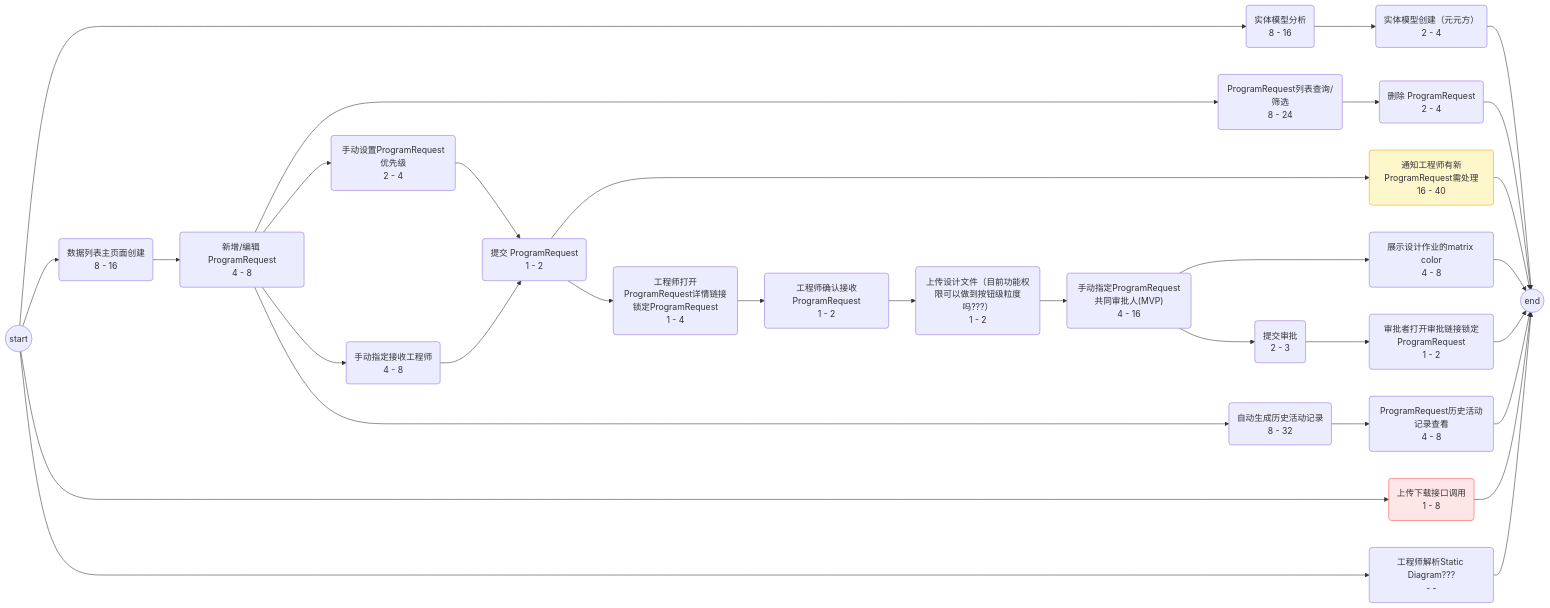
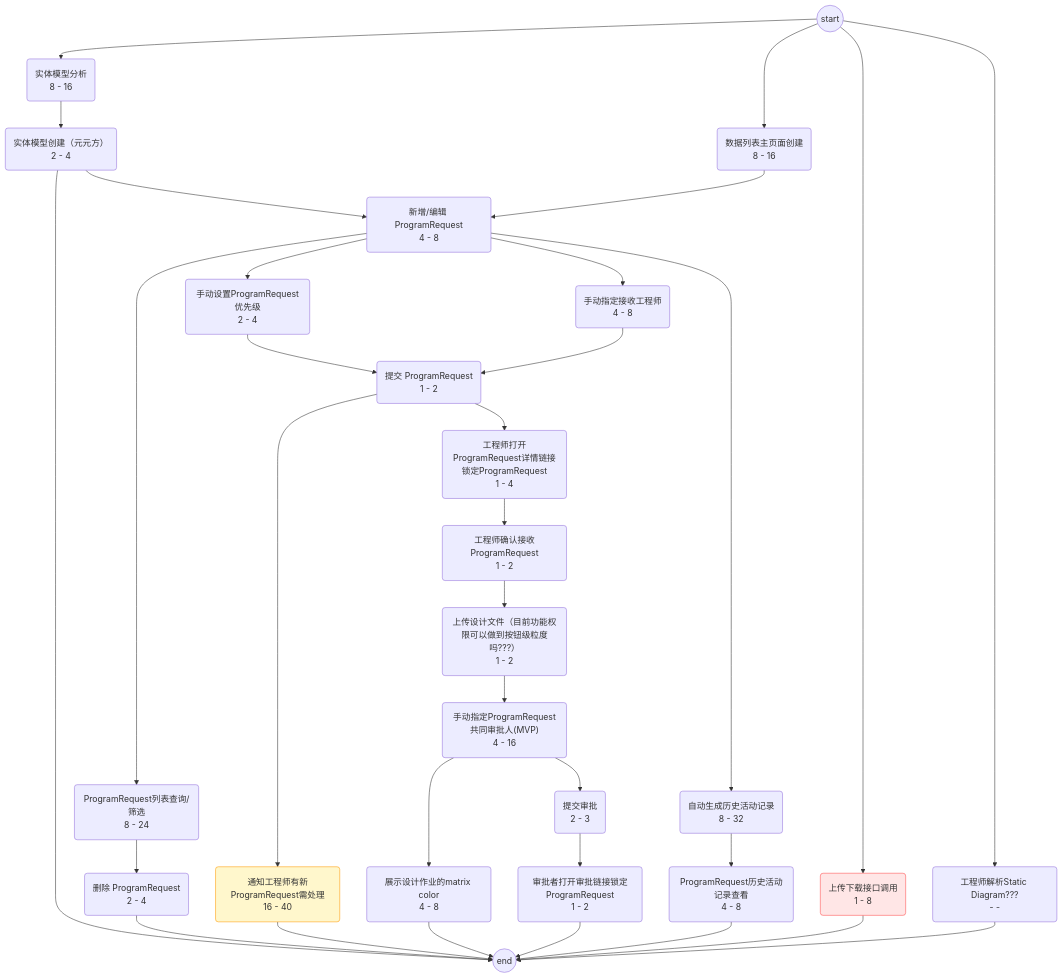
One commit to Sanjel-Energy-Services/eService_WorkItems changed the diagram in Projects/Program Request Management/Documents/Analysis/03-Plan/002-stage1.md. Above: the diagram before and after it, drawn with Mermaid. The commit also changed 1 other file, not shown here.

Commit message:
fix: #383 Update task dependencies in project plan and adjust flowchart direction

````diff
--- a/Projects/Program Request Management/Documents/Analysis/03-Plan/002-stage1.md
+++ b/Projects/Program Request Management/Documents/Analysis/03-Plan/002-stage1.md
@@ -3,5 +3,5 @@
 ```mermaid
-flowchart LR
+flowchart TB
 
 start(("start"))
 eend(("end"))
@@ -52,6 +52,7 @@
 start --> t01
 t01 --> t02
 t02 --> eend
+t02 --> t06
 
 start --> t03
 t03 --> t06
````
